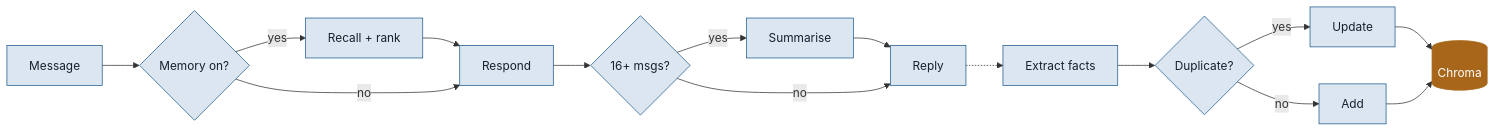
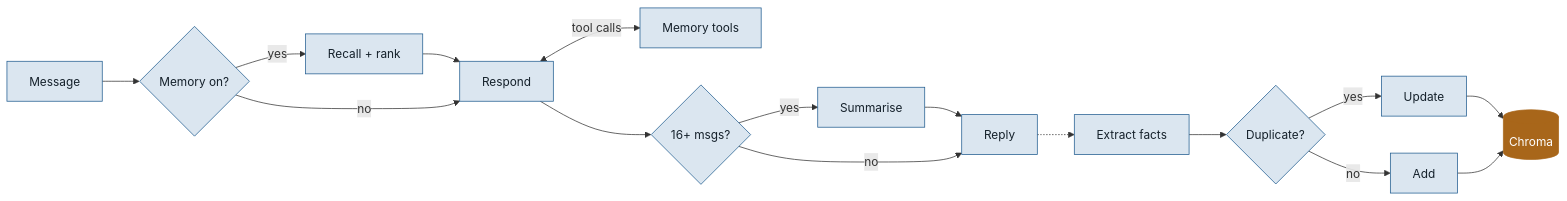
Before and after one commit to manjuv03/Personalized-AI-Assistant-with-Contextual-Recall: the second of 7 diagrams in PROJECT_REPORT.md, drawn with Mermaid. The commit also changed other lines of this file and 5 other files, not shown here.

````diff
--- a/PROJECT_REPORT.md
+++ b/PROJECT_REPORT.md
@@ -111,16 +119,17 @@
 ```mermaid
 flowchart LR
     A[Message] --> C{Memory on?}
     C -- yes --> D[Recall + rank] --> E[Respond]
     C -- no --> E
+    E <-- tool calls --> T[Memory tools]
     E --> F{"16+ msgs?"}
     F -- yes --> G[Summarise] --> H[Reply]
     F -- no --> H
     H -.-> I[Extract facts] --> J{Duplicate?}
     J -- yes --> K[Update] --> DB[(Chroma)]
     J -- no --> L[Add] --> DB
     classDef default fill:#dbe6f0,stroke:#1f5b8f,color:#15212b
     classDef io fill:#1f5b8f,stroke:#1f5b8f,color:#ffffff
     classDef store fill:#a8661a,stroke:#a8661a,color:#ffffff
     class DB store
 ```
````
